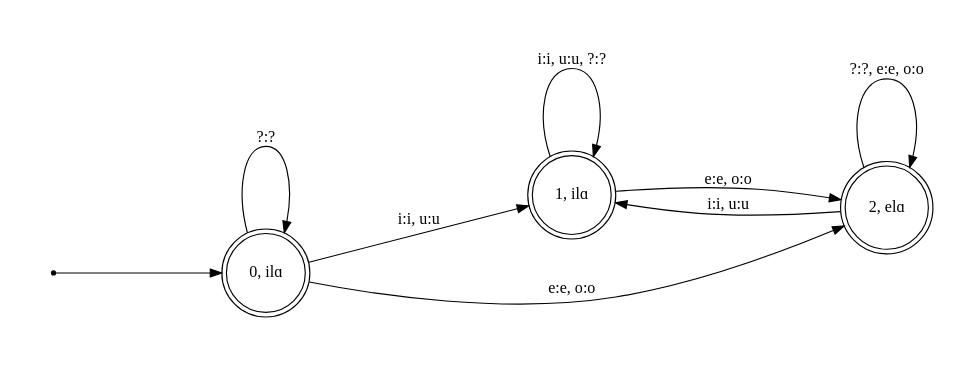
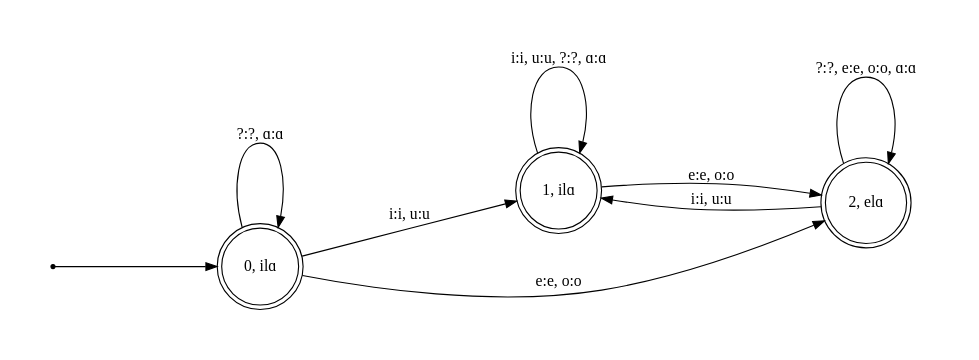
One commit to ishtiaque06/vh-fst changed the diagram in illustrations/Kisa applicative suffix Vlɑ.gv. Above: the diagram before and after it, drawn with Graphviz. The commit also changed 34 other files, not shown here.

```diff
--- a/illustrations/Kisa applicative suffix Vlɑ.gv
+++ b/illustrations/Kisa applicative suffix Vlɑ.gv
@@ -1,19 +1,19 @@
 digraph fst {
 	graph [pad="0.5", nodesep="1", ranksep="2"];
 	rankdir=LR;
 	size="10,10";
 	node [shape = point]; start;
 	node [shape = doublecircle];
 		"0, ilɑ";
 		"1, ilɑ";
 		"2, elɑ";
 
-	"0, ilɑ" ->	"0, ilɑ" [ label = "?:?" ];
+	"0, ilɑ" ->	"0, ilɑ" [ label = "?:?, ɑ:ɑ" ];
 	"0, ilɑ" ->	"1, ilɑ" [ label = "i:i, u:u" ];
 	"0, ilɑ" ->	"2, elɑ" [ label = "e:e, o:o" ];
-	"1, ilɑ" ->	"1, ilɑ" [ label = "i:i, u:u, ?:?" ];
+	"1, ilɑ" ->	"1, ilɑ" [ label = "i:i, u:u, ?:?, ɑ:ɑ" ];
 	"1, ilɑ" ->	"2, elɑ" [ label = "e:e, o:o" ];
-	"2, elɑ" ->	"2, elɑ" [ label = "?:?, e:e, o:o" ];
+	"2, elɑ" ->	"2, elɑ" [ label = "?:?, e:e, o:o, ɑ:ɑ" ];
 	"2, elɑ" ->	"1, ilɑ" [ label = "i:i, u:u" ];
 	start -> "0, ilɑ";
 }
```
